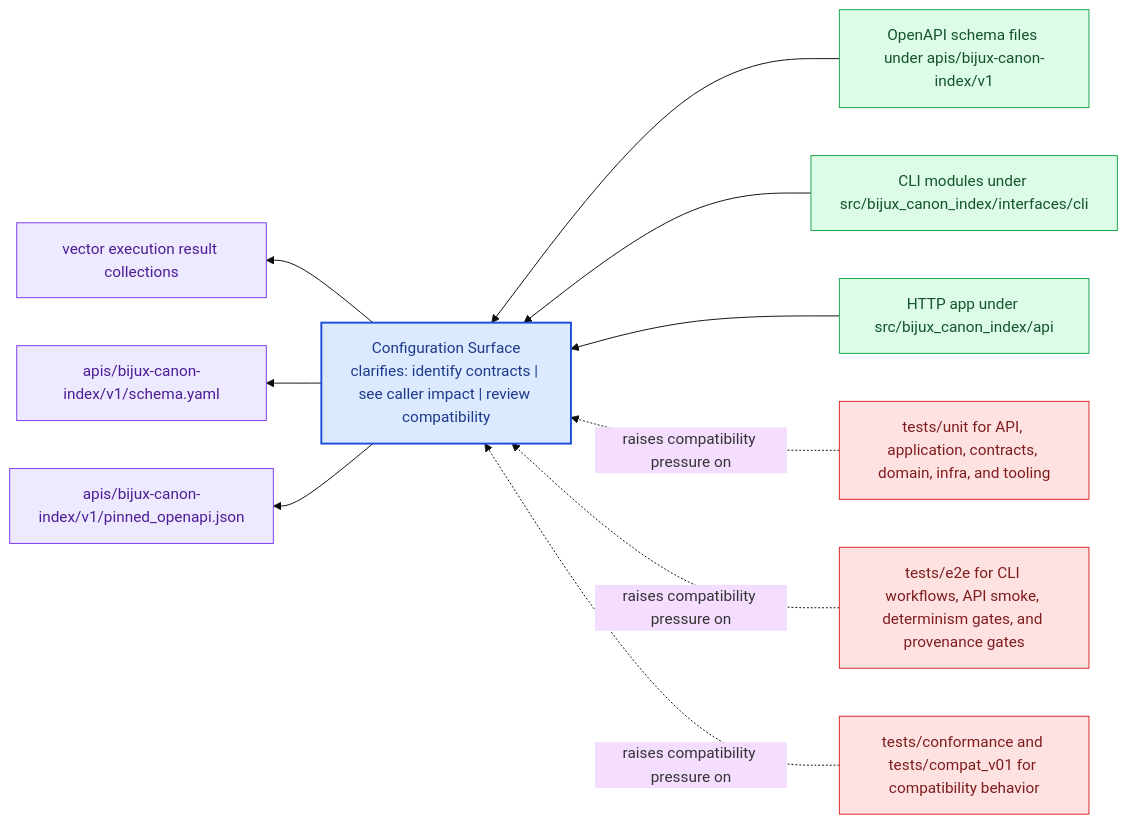
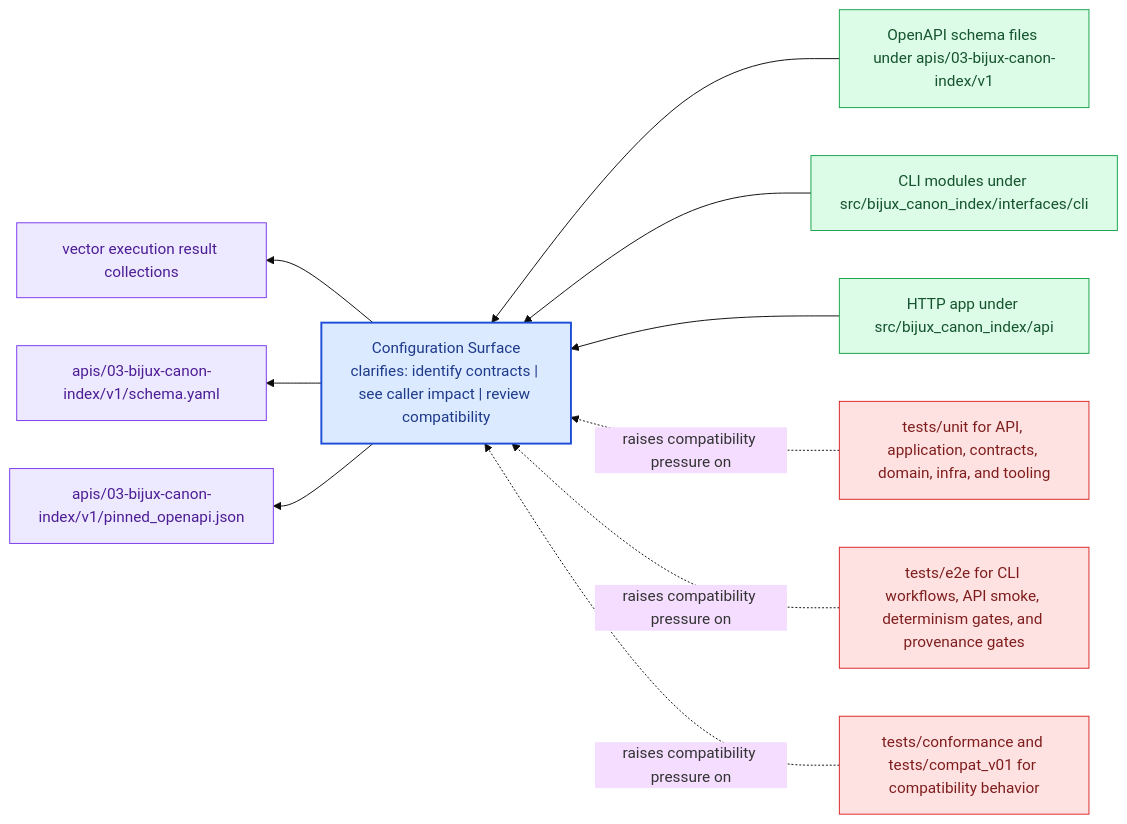
One commit to bijux/bijux-canon changed the diagram in docs/03-bijux-canon-index/interfaces/configuration-surface.md. Above: the diagram before and after it, drawn with Mermaid (base theme). The commit also changed other lines of this file and 167 other files, not shown here.

````diff
--- a/docs/03-bijux-canon-index/interfaces/configuration-surface.md
+++ b/docs/03-bijux-canon-index/interfaces/configuration-surface.md
@@ -23,31 +23,31 @@
 ```mermaid
 flowchart RL
     page["Configuration Surface<br/>clarifies: identify contracts | see caller impact | review compatibility"]
     classDef page fill:#dbeafe,stroke:#1d4ed8,color:#1e3a8a,stroke-width:2px;
     classDef positive fill:#dcfce7,stroke:#16a34a,color:#14532d;
     classDef caution fill:#fee2e2,stroke:#dc2626,color:#7f1d1d;
     classDef anchor fill:#ede9fe,stroke:#7c3aed,color:#4c1d95;
     classDef action fill:#fef3c7,stroke:#d97706,color:#7c2d12;
-    surface1["OpenAPI schema files under apis/bijux-canon-index/v1"]
+    surface1["OpenAPI schema files under apis/03-bijux-canon-index/v1"]
     surface1 --> page
     surface2["CLI modules under src/bijux_canon_index/interfaces/cli"]
     surface2 --> page
     surface3["HTTP app under src/bijux_canon_index/api"]
     surface3 --> page
     proof1["vector execution result collections"]
     page --> proof1
-    proof2["apis/bijux-canon-index/v1/schema.yaml"]
+    proof2["apis/03-bijux-canon-index/v1/schema.yaml"]
     page --> proof2
-    proof3["apis/bijux-canon-index/v1/pinned_openapi.json"]
+    proof3["apis/03-bijux-canon-index/v1/pinned_openapi.json"]
     page --> proof3
     review1["tests/unit for API, application, contracts, domain, infra, and tooling"]
     review1 -.raises compatibility pressure on.-> page
     review2["tests/e2e for CLI workflows, API smoke, determinism gates, and provenance gates"]
     review2 -.raises compatibility pressure on.-> page
     review3["tests/conformance and tests/compat_v01 for compatibility behavior"]
     review3 -.raises compatibility pressure on.-> page
     class page page;
     class surface1,surface2,surface3 positive;
     class proof1,proof2,proof3 anchor;
     class review1,review2,review3 caution;
 ```
````
